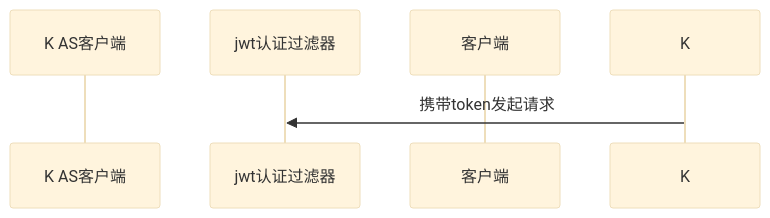
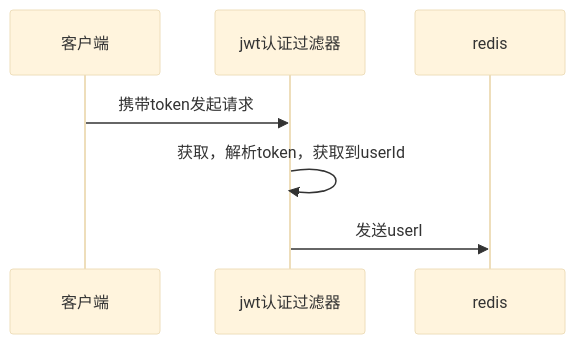
One commit to poppop9/obsidian changed the fifth of 5 diagrams in 计算机/JavaWeb/后端/Spring Security.md. Above: the diagram before and after it, drawn with Mermaid (base theme). The commit also changed other lines of this file and 2 other files, not shown here.

Commit message:
vault backup: 2024-04-30 13:52:43

````diff
--- a/计算机/JavaWeb/后端/Spring Security.md
+++ b/计算机/JavaWeb/后端/Spring Security.md
@@ -98,8 +99,10 @@
 ```mermaid
 sequenceDiagram
-	participant K AS客户端
+	participant K AS 客户端
 	participant J AS jwt认证过滤器
-	participant 客户端
+	participant R AS redis
 
 	K->>J: 携带token发起请求
+	J->>J: 获取，解析token，获取到userId
+	J->>R: 发送userI
 ```
````
